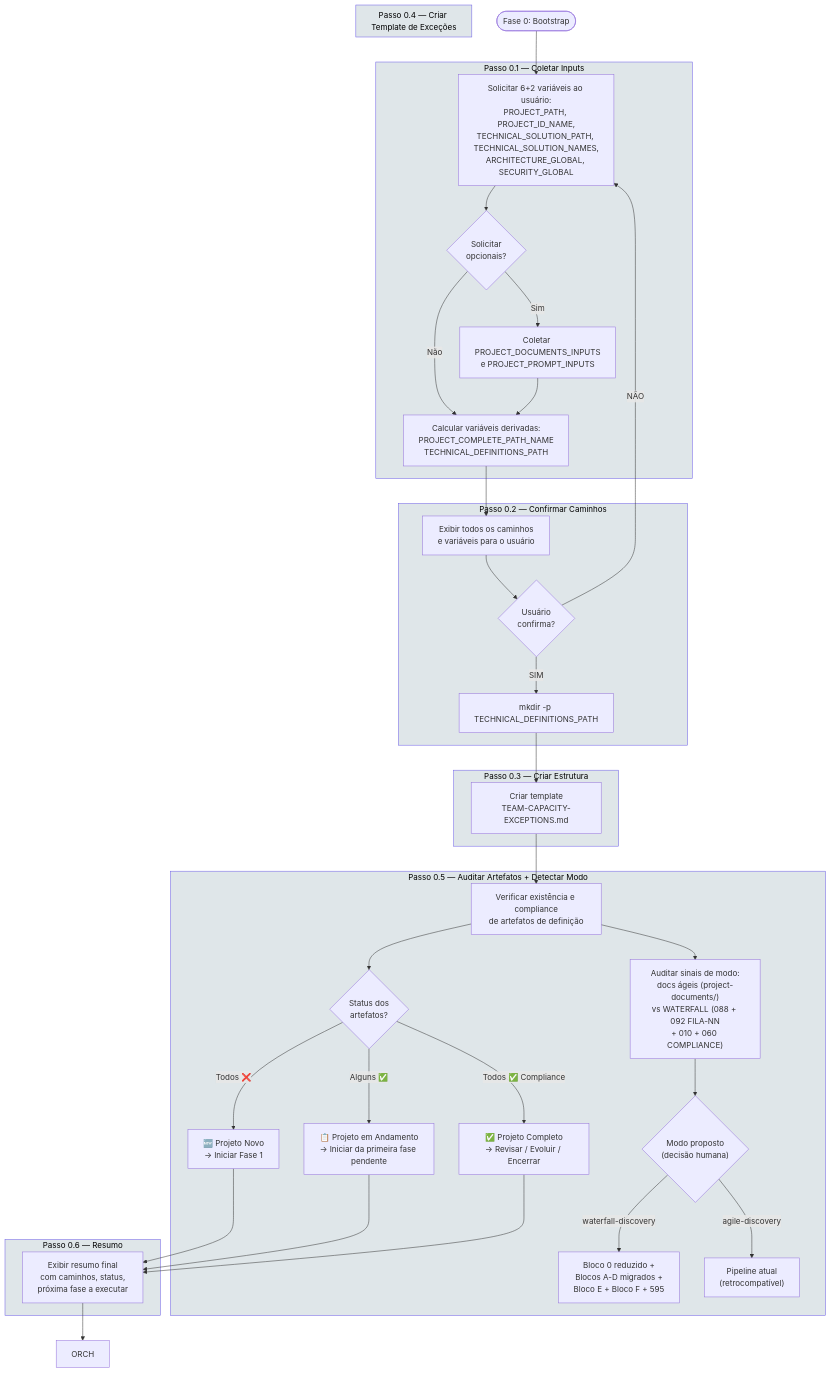
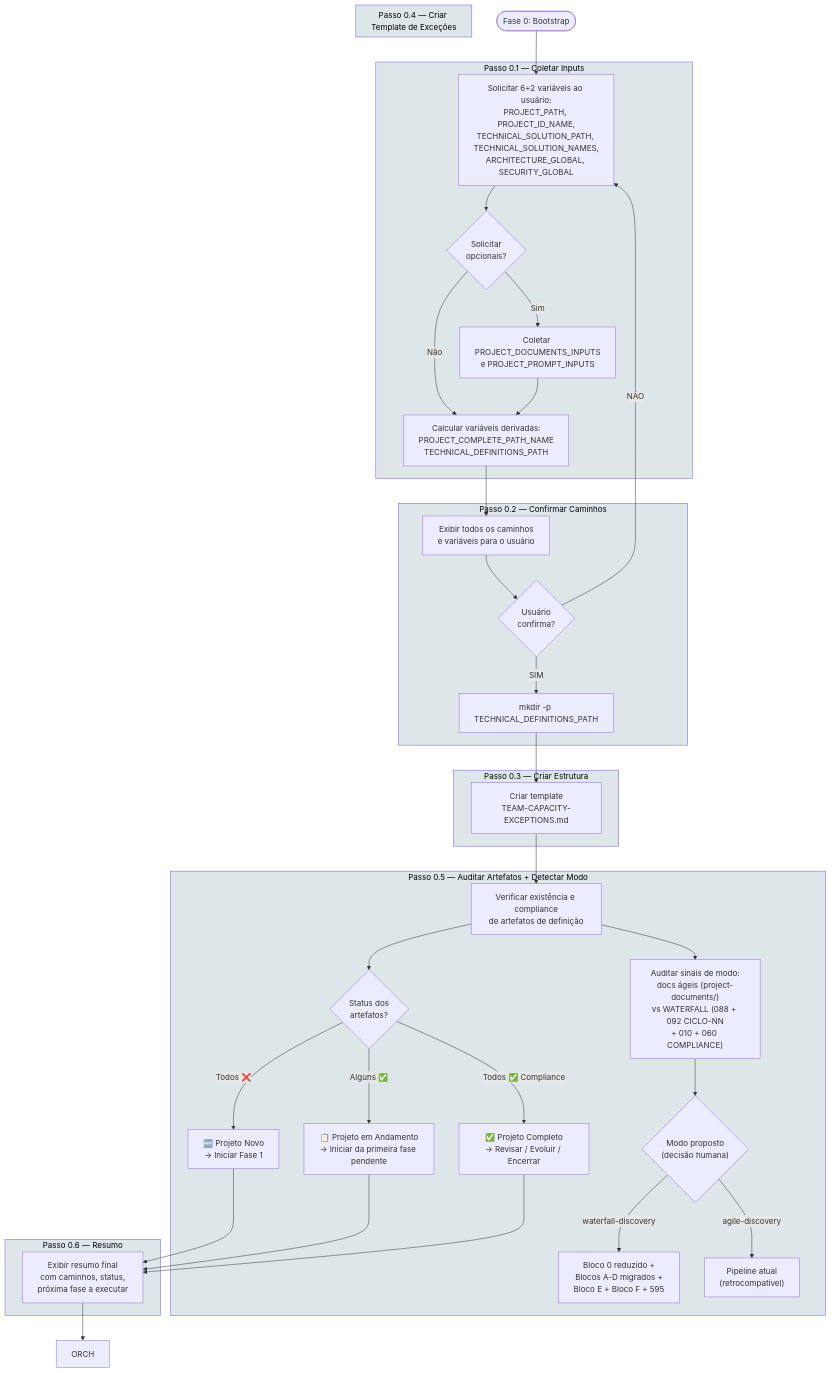
One commit to bolismar69/workspace-fbso changed the second of 11 diagrams in .specs/prompts/project-technical-definitions/FLOWCHART-PROMPT-ROADMAP-GENERATE-PROJECT-TECHNICAL-DEFINITIONS.md. Above: the diagram before and after it, drawn with Mermaid. The commit also changed other lines of this file and 28 other files, not shown here.

````diff
--- a/.specs/prompts/project-technical-definitions/FLOWCHART-PROMPT-ROADMAP-GENERATE-PROJECT-TECHNICAL-DEFINITIONS.md
+++ b/.specs/prompts/project-technical-definitions/FLOWCHART-PROMPT-ROADMAP-GENERATE-PROJECT-TECHNICAL-DEFINITIONS.md
@@ -124,51 +124,51 @@
 ```mermaid
 flowchart TD
     F0_START([Fase 0: Bootstrap]) --> F0_1
 
     subgraph PASSO_01[Passo 0.1 — Coletar Inputs]
         F0_1[Solicitar 6+2 variáveis ao usuário:<br/>PROJECT_PATH, PROJECT_ID_NAME,<br/>TECHNICAL_SOLUTION_PATH, TECHNICAL_SOLUTION_NAMES,<br/>ARCHITECTURE_GLOBAL, SECURITY_GLOBAL] --> F0_1_OPT{Solicitar<br/>opcionais?}
         F0_1_OPT -->|Sim| F0_1_OPT_IN[Coletar PROJECT_DOCUMENTS_INPUTS<br/>e PROJECT_PROMPT_INPUTS]
         F0_1_OPT -->|Não| F0_2
         F0_1_OPT_IN --> F0_2
     end
 
     subgraph PASSO_02[Passo 0.2 — Confirmar Caminhos]
         F0_2[Calcular variáveis derivadas:<br/>PROJECT_COMPLETE_PATH_NAME<br/>TECHNICAL_DEFINITIONS_PATH] --> F0_2_DISP[Exibir todos os caminhos<br/>e variáveis para o usuário]
         F0_2_DISP --> F0_2_CONF{Usuário<br/>confirma?}
         F0_2_CONF -->|NÃO| F0_1
         F0_2_CONF -->|SIM| F0_3
     end
 
     subgraph PASSO_03["Passo 0.3 — Criar Estrutura"]
         F0_3["mkdir -p TECHNICAL_DEFINITIONS_PATH"] --> F0_4
     end
 
     subgraph PASSO_04["Passo 0.4 — Criar Template de Exceções"]
         F0_4["Criar template<br/>TEAM-CAPACITY-EXCEPTIONS.md"]
     end
 
     subgraph PASSO_05["Passo 0.5 — Auditar Artefatos + Detectar Modo"]
         F0_4 --> F0_5["Verificar existência e compliance<br/>de artefatos de definição"] --> F0_5_DEC{Status dos<br/>artefatos?}
         F0_5_DEC -->|Todos ❌| F0_6A["🆕 Projeto Novo<br/>→ Iniciar Fase 1"]
         F0_5_DEC -->|Alguns ✅| F0_6B["📋 Projeto em Andamento<br/>→ Iniciar da primeira fase pendente"]
         F0_5_DEC -->|Todos ✅ Compliance| F0_6C["✅ Projeto Completo<br/>→ Revisar / Evoluir / Encerrar"]
-        F0_5 --> F0_5_MODE["Auditar sinais de modo:<br/>docs ágeis (project-documents/)<br/>vs WATERFALL (088 + 092 FILA-NN<br/>+ 010 + 060 COMPLIANCE)"] --> F0_5_MODE_DEC{"Modo proposto<br/>(decisão humana)"}
+        F0_5 --> F0_5_MODE["Auditar sinais de modo:<br/>docs ágeis (project-documents/)<br/>vs WATERFALL (088 + 092 CICLO-NN<br/>+ 010 + 060 COMPLIANCE)"] --> F0_5_MODE_DEC{"Modo proposto<br/>(decisão humana)"}
         F0_5_MODE_DEC -->|waterfall-discovery| F0_5_MODE_W["Bloco 0 reduzido +<br/>Blocos A-D migrados +<br/>Bloco E + Bloco F + 595"]
         F0_5_MODE_DEC -->|agile-discovery| F0_5_MODE_A["Pipeline atual<br/>(retrocompatível)"]
     end
 
     subgraph PASSO_06["Passo 0.6 — Resumo"]
         F0_6A --> F0_6["Exibir resumo final<br/>com caminhos, status,<br/>próxima fase a executar"]
         F0_6B --> F0_6
         F0_6C --> F0_6
     end
 
     F0_6 --> ORCH
 
     style PASSO_01 fill:#dfe6e9,stroke:#6c5ce7,color:#000000
     style PASSO_02 fill:#dfe6e9,stroke:#6c5ce7,color:#000000
     style PASSO_03 fill:#dfe6e9,stroke:#6c5ce7,color:#000000
     style PASSO_04 fill:#dfe6e9,stroke:#6c5ce7,color:#000000
     style PASSO_05 fill:#dfe6e9,stroke:#6c5ce7,color:#000000
     style PASSO_06 fill:#dfe6e9,stroke:#6c5ce7,color:#000000
 ```
````
